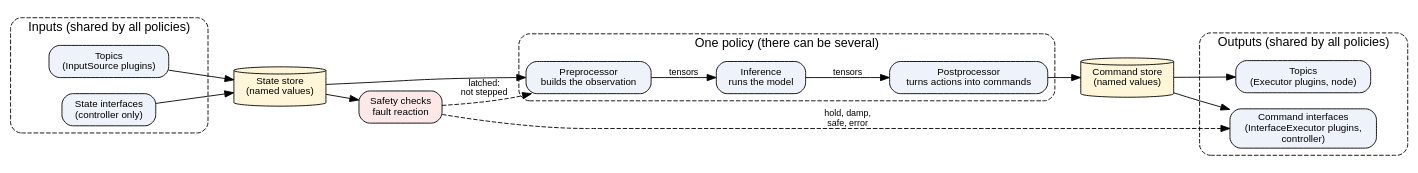
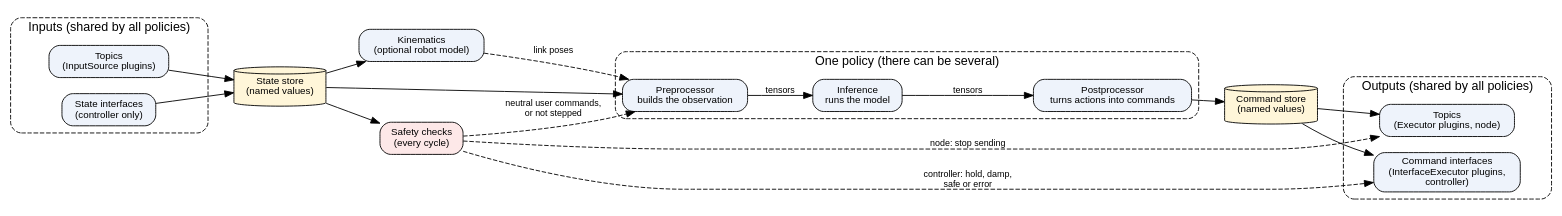
One commit to saikishor/ros2_policy_framework changed the diagram in docs/overview.rst. Above: the diagram before and after it, drawn with Graphviz. The commit also changed other lines of this file, not shown here.

Commit message:
Show the kinematics and both hosts' fault reactions in the overview diagram

```diff
--- a/docs/overview.rst
+++ b/docs/overview.rst
@@ -20,41 +20,45 @@
 .. graphviz::
 
    digraph architecture {
      rankdir=LR;
      node [shape=box, style="rounded,filled", fillcolor="#eef3fb", fontname="Helvetica", fontsize=11];
      edge [fontname="Helvetica", fontsize=10];
 
      subgraph cluster_in {
        label="Inputs (shared by all policies)"; style="rounded,dashed"; fontname="Helvetica";
        topics_in [label="Topics\n(InputSource plugins)"];
        ifaces_in [label="State interfaces\n(controller only)"];
      }
      state [label="State store\n(named values)", shape=cylinder, fillcolor="#fff6d9"];
+     kin [label="Kinematics\n(optional robot model)"];
 
      subgraph cluster_policy {
        label="One policy (there can be several)"; style="rounded,dashed"; fontname="Helvetica";
        pre [label="Preprocessor\nbuilds the observation"];
        inf [label="Inference\nruns the model"];
        post [label="Postprocessor\nturns actions into commands"];
        pre -> inf [label="tensors"];
        inf -> post [label="tensors"];
      }
      commands [label="Command store\n(named values)", shape=cylinder, fillcolor="#fff6d9"];
-     safety [label="Safety checks\nfault reaction", fillcolor="#fde8e8"];
+     safety [label="Safety checks\n(every cycle)", fillcolor="#fde8e8"];
 
      subgraph cluster_out {
        label="Outputs (shared by all policies)"; style="rounded,dashed"; fontname="Helvetica";
        topics_out [label="Topics\n(Executor plugins, node)"];
        ifaces_out [label="Command interfaces\n(InterfaceExecutor plugins,\ncontroller)"];
      }
 
      topics_in -> state;
      ifaces_in -> state;
      state -> pre;
+     state -> kin;
+     kin -> pre [label="link poses", style=dashed];
      post -> commands;
      commands -> topics_out;
      commands -> ifaces_out;
      state -> safety;
-     safety -> pre [label="latched:\nnot stepped", style=dashed];
-     safety -> ifaces_out [label="hold, damp,\nsafe, error", style=dashed];
+     safety -> pre [label="neutral user commands,\nor not stepped", style=dashed];
+     safety -> topics_out [label="node: stop sending", style=dashed];
+     safety -> ifaces_out [label="controller: hold, damp,\nsafe or error", style=dashed];
    }
```
